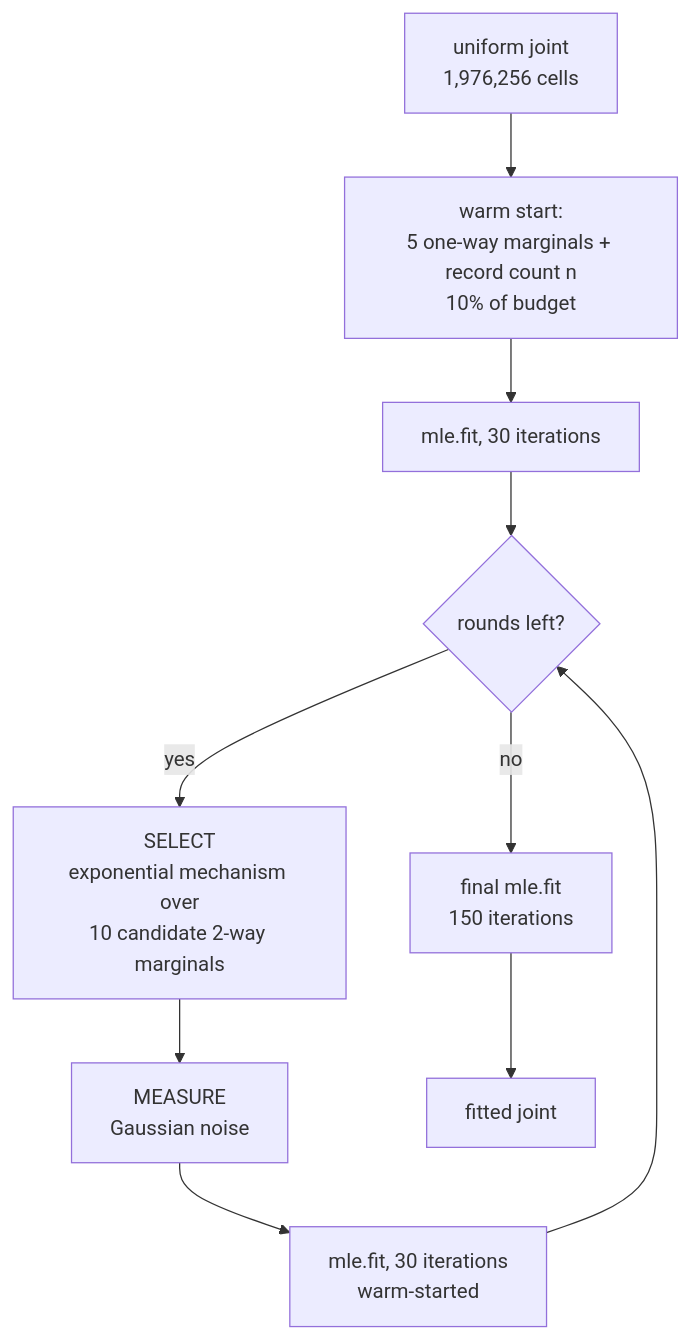
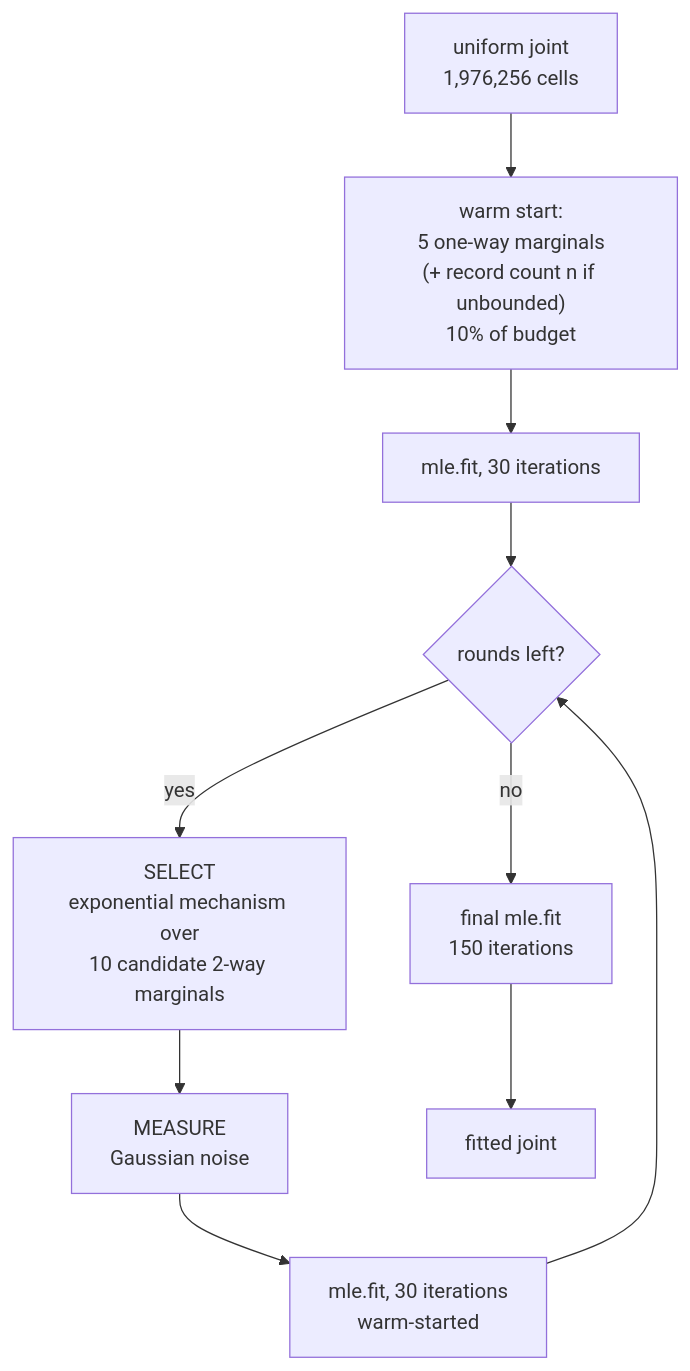
The second of 3 diagrams in docs/architecture.md (gauthamramesh3110/blowfish-aim-adult), drawn with Mermaid before and after one commit. The commit also changed other lines of this file and 19 other files, not shown here.

````diff
--- a/docs/architecture.md
+++ b/docs/architecture.md
@@ -131,12 +134,12 @@
 ```mermaid
 flowchart TD
-    A["uniform joint<br/>1,976,256 cells"] --> B["warm start:<br/>5 one-way marginals + record count n<br/>10% of budget"]
+    A["uniform joint<br/>1,976,256 cells"] --> B["warm start:<br/>5 one-way marginals<br/>(+ record count n if unbounded)<br/>10% of budget"]
     B --> C["mle.fit, 30 iterations"]
     C --> D{"rounds left?"}
     D -->|yes| E["SELECT<br/>exponential mechanism over<br/>10 candidate 2-way marginals"]
     E --> F["MEASURE<br/>Gaussian noise"]
     F --> G["mle.fit, 30 iterations<br/>warm-started"]
     G --> D
     D -->|no| H["final mle.fit<br/>150 iterations"]
     H --> I["fitted joint"]
 ```
````
